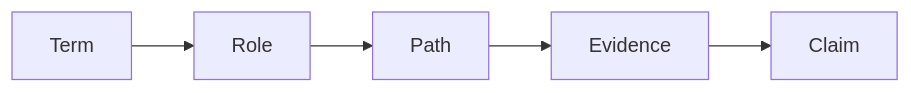
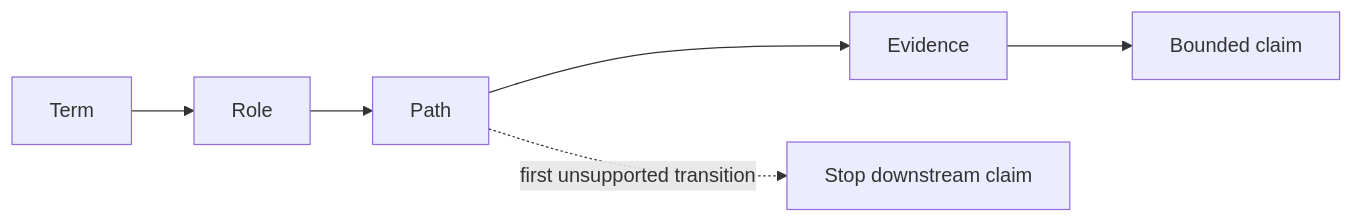
Before and after one commit to andrew3stedall/capstone: the second of 2 diagrams in docs/learning-plans/12-week/modules/day-19-rest-retrieval-and-diagram-reconstruction.md, drawn with Mermaid. The commit also changed other lines of this file, not shown here.

Commit message:
Improve Day 19 retrieval and diagram reconstruction

````diff
--- a/docs/learning-plans/12-week/modules/day-19-rest-retrieval-and-diagram-reconstruction.md
+++ b/docs/learning-plans/12-week/modules/day-19-rest-retrieval-and-diagram-reconstruction.md
@@ -95,4 +124,5 @@
 ```mermaid
 flowchart LR
-    T["Term"] --> R["Role"] --> P["Path"] --> E["Evidence"] --> C["Claim"]
+    T["Term"] --> R["Role"] --> P["Path"] --> E["Evidence"] --> C["Bounded claim"]
+    P -. "first unsupported transition" .-> X["Stop downstream claim"]
 ```
````
